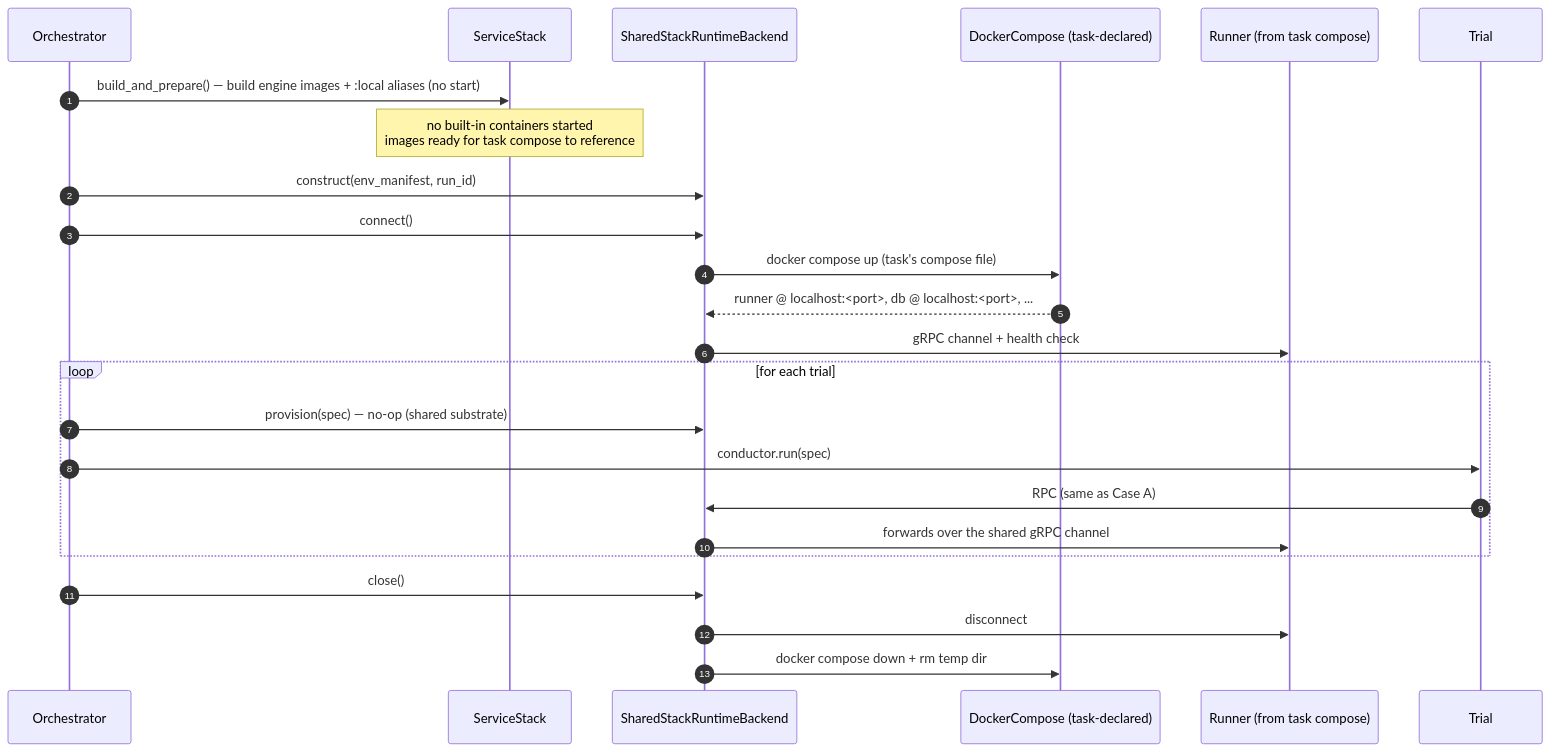
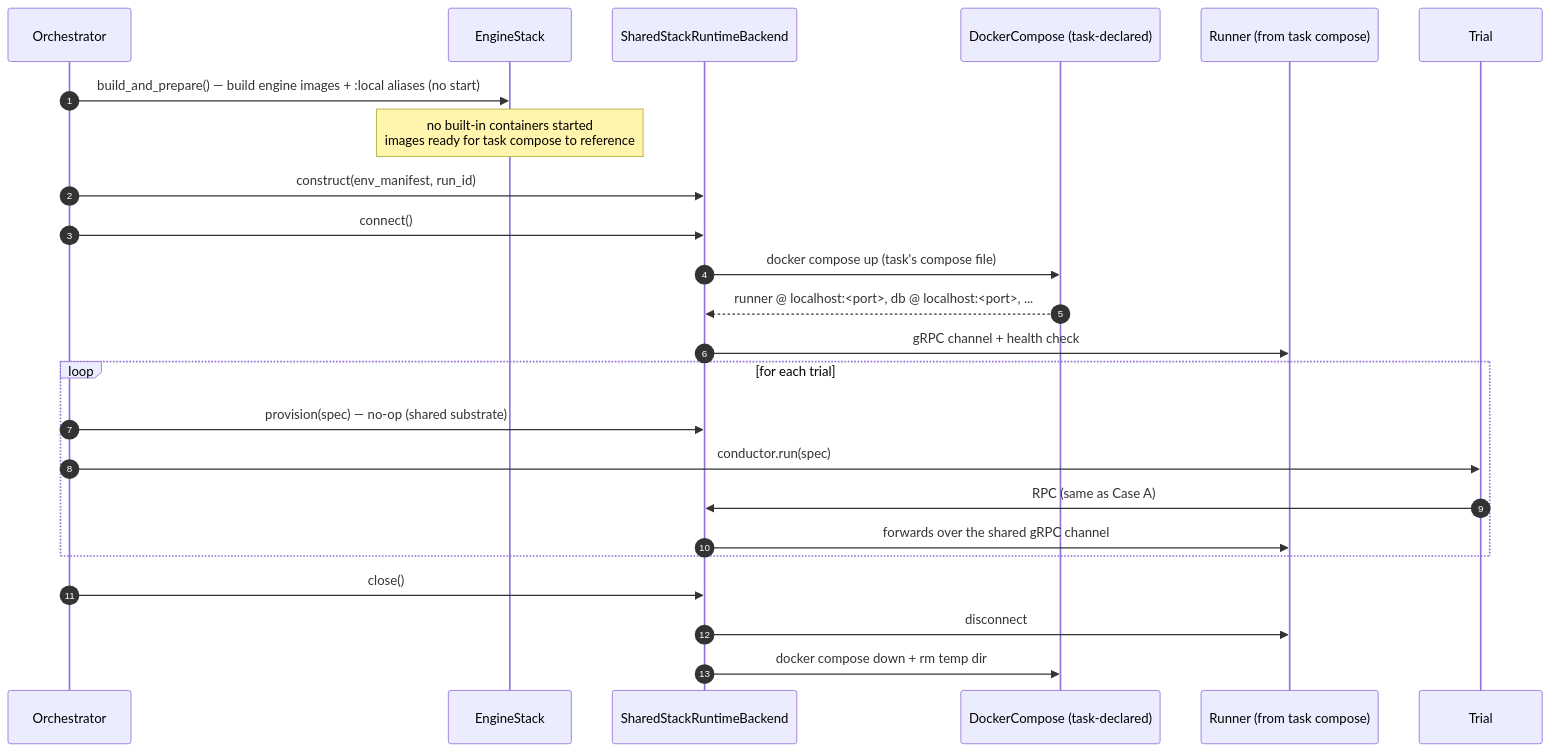
One commit to Toloka/tolokaforge changed the third of 5 diagrams in docs/architecture/adr/0018-multi-container-under-shared-runtime.md. Above: the diagram before and after it, drawn with Mermaid. The commit also changed other lines of this file and 15 other files, not shown here.

````diff
--- a/docs/architecture/adr/0018-multi-container-under-shared-runtime.md
+++ b/docs/architecture/adr/0018-multi-container-under-shared-runtime.md
@@ -134,26 +165,26 @@
 ```mermaid
 sequenceDiagram
   autonumber
   participant O as Orchestrator
-  participant S as ServiceStack
+  participant S as EngineStack
   participant B as SharedStackRuntimeBackend
   participant DC as DockerCompose (task-declared)
   participant R as Runner (from task compose)
   participant T as Trial
   O->>S: build_and_prepare() — build engine images + :local aliases (no start)
   Note over S: no built-in containers started<br/>images ready for task compose to reference
   O->>B: construct(env_manifest, run_id)
   O->>B: connect()
   B->>DC: docker compose up (task's compose file)
   DC-->>B: runner @ localhost:<port>, db @ localhost:<port>, ...
   B->>R: gRPC channel + health check
   loop for each trial
     O->>B: provision(spec) — no-op (shared substrate)
     O->>T: conductor.run(spec)
     T->>B: RPC (same as Case A)
     B->>R: forwards over the shared gRPC channel
   end
   O->>B: close()
   B->>R: disconnect
   B->>DC: docker compose down + rm temp dir
 ```
````
